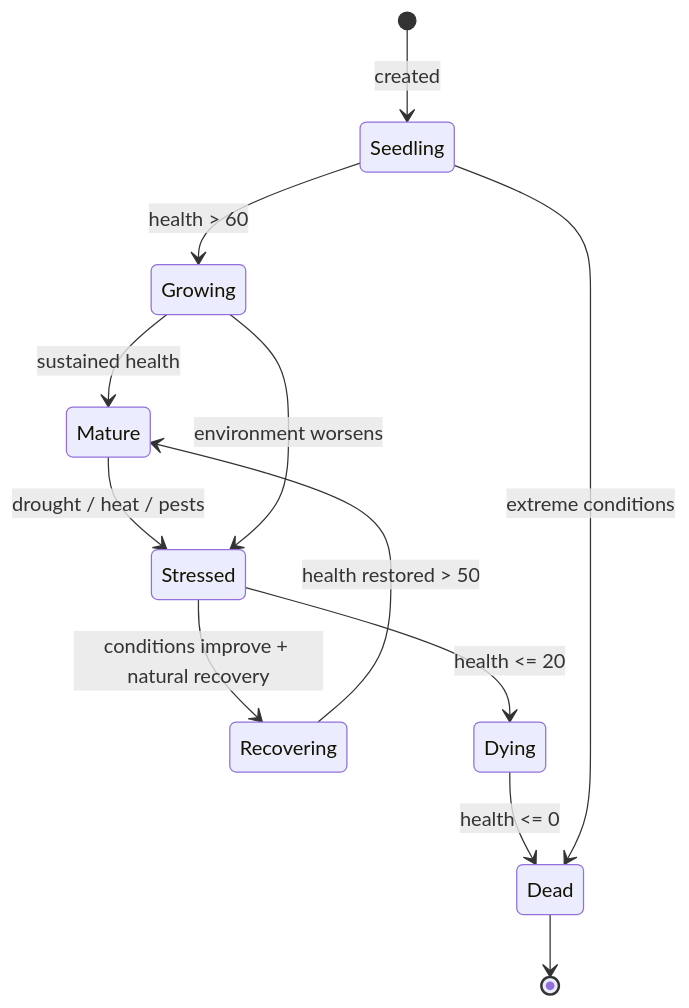
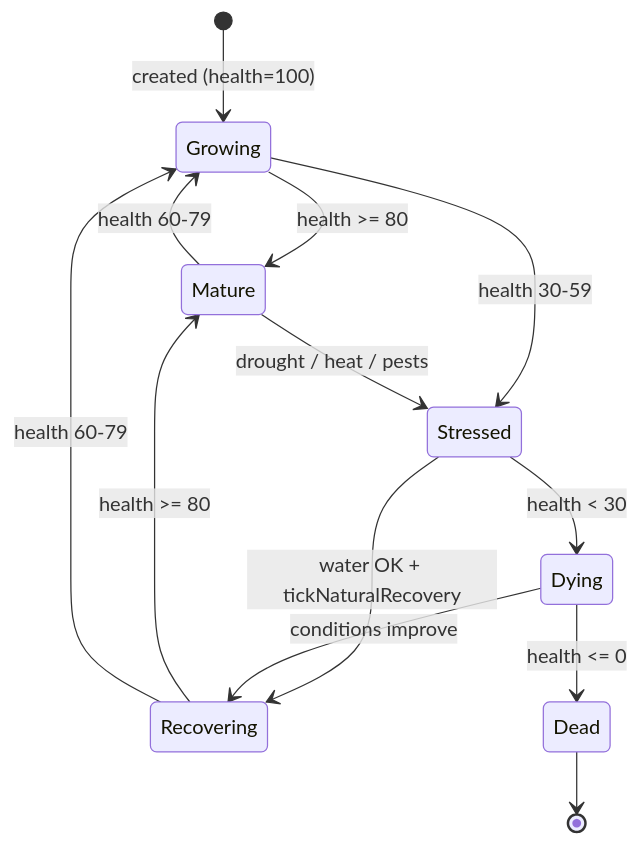
Before and after one commit to Calvingo/CSEN275_final_project: the seventh of 8 diagrams in docs/02-uml-design.md, drawn with Mermaid. The commit also changed other lines of this file, not shown here.

Commit message:
Update UML design doc to match implementation

````diff
--- a/docs/02-uml-design.md
+++ b/docs/02-uml-design.md
@@ -331,14 +400,15 @@
 ```mermaid
 stateDiagram-v2
-    [*] --> Seedling: created
-    Seedling --> Growing: health > 60
-    Growing --> Mature: sustained health
+    [*] --> Growing: created (health=100)
+    Growing --> Mature: health >= 80
+    Mature --> Growing: health 60-79
+    Growing --> Stressed: health 30-59
     Mature --> Stressed: drought / heat / pests
-    Stressed --> Recovering: conditions improve + natural recovery
-    Recovering --> Mature: health restored > 50
-    Stressed --> Dying: health <= 20
+    Stressed --> Recovering: water OK + tickNaturalRecovery
+    Recovering --> Mature: health >= 80
+    Recovering --> Growing: health 60-79
+    Stressed --> Dying: health < 30
+    Dying --> Recovering: conditions improve
     Dying --> Dead: health <= 0
     Dead --> [*]
-    Growing --> Stressed: environment worsens
-    Seedling --> Dead: extreme conditions
 ```
````
